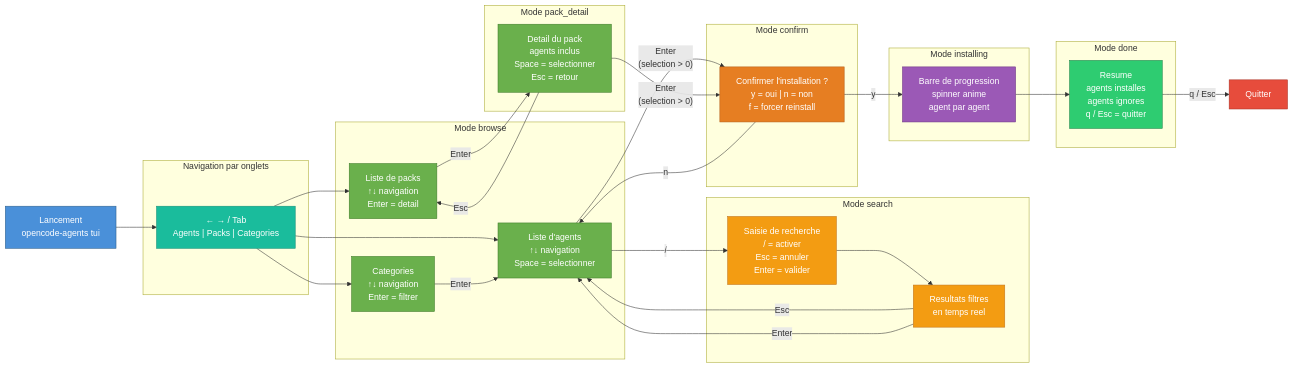
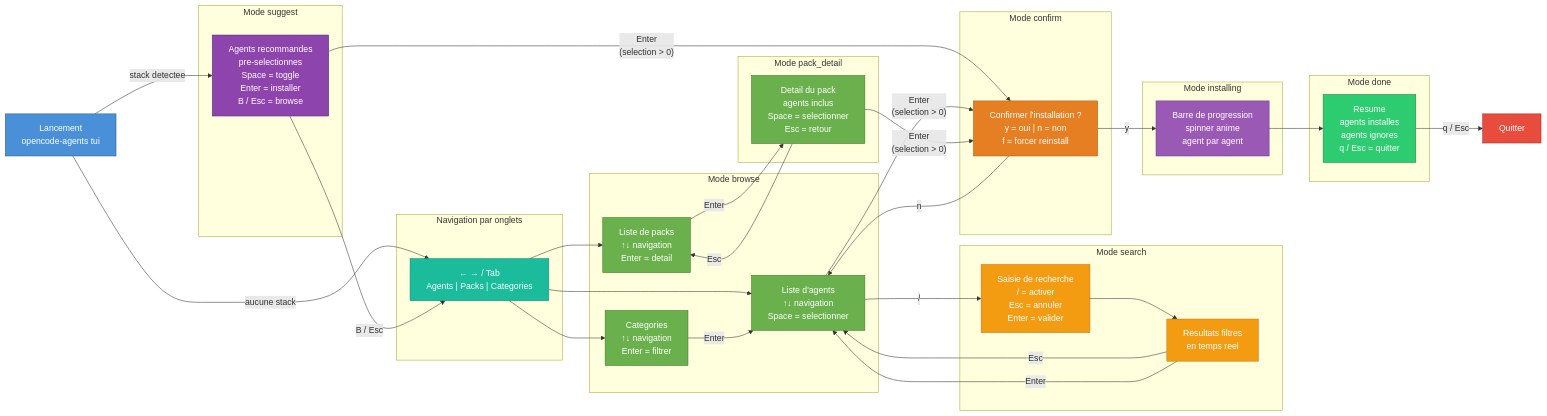
The second of 3 diagrams in docs/architecture.md (dmicheneau/opencode-template-agent), drawn with Mermaid before and after one commit. The commit also changed other lines of this file and 4 other files, not shown here.

````diff
--- a/docs/architecture.md
+++ b/docs/architecture.md
@@ -110,6 +110,10 @@
 ```mermaid
 flowchart LR
     Launch["Lancement<br/>opencode-agents tui"]
+
+    subgraph Suggest["Mode suggest"]
+        SuggestList["Agents recommandes<br/>pre-selectionnes<br/>Space = toggle<br/>Enter = installer<br/>B / Esc = browse"]
+    end
 
     subgraph Navigation["Navigation par onglets"]
         Tabs["← → / Tab<br/>Agents | Packs | Categories"]
@@ -142,7 +146,10 @@
         Summary["Resume<br/>agents installes<br/>agents ignores<br/>q / Esc = quitter"]
     end
 
-    Launch --> Tabs
+    Launch -->|"stack detectee"| SuggestList
+    Launch -->|"aucune stack"| Tabs
+    SuggestList -->|"B / Esc"| Tabs
+    SuggestList -->|"Enter<br/>(selection > 0)"| ConfirmPrompt
     Tabs --> AgentList
     Tabs --> PackList
     Tabs --> CatList
@@ -165,6 +172,7 @@
 
     classDef start fill:#4a90d9,stroke:#2c5f8a,color:#fff
     classDef nav fill:#1abc9c,stroke:#148f77,color:#fff
+    classDef suggest fill:#8e44ad,stroke:#5b2c6f,color:#fff
     classDef browse fill:#6ab04c,stroke:#3d7a28,color:#fff
     classDef search fill:#f39c12,stroke:#c0741e,color:#fff
     classDef confirm fill:#e67e22,stroke:#b35e1a,color:#fff
@@ -174,6 +182,7 @@
 
     class Launch start
     class Tabs nav
+    class SuggestList suggest
     class AgentList,PackList,CatList,PackInfo browse
     class SearchInput,SearchResults search
     class ConfirmPrompt confirm
````
